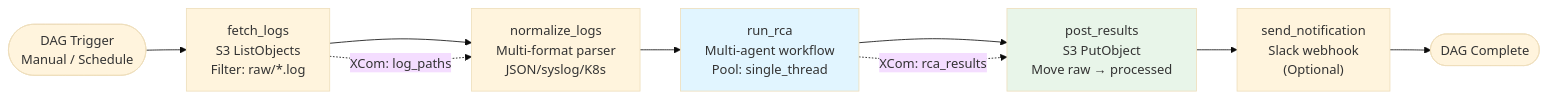
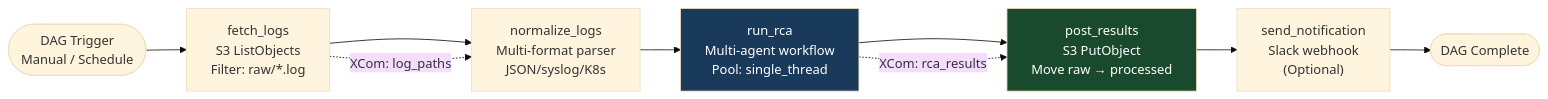
Before and after one commit to nasim-raj-laskar/InfraMind: the sixth of 16 diagrams in README.md, drawn with Mermaid (base theme). The commit also changed other lines of this file and 1 other file, not shown here.

````diff
--- a/README.md
+++ b/README.md
@@ -302,22 +307,22 @@
 ```mermaid
 graph LR
     START(["DAG Trigger<br/>Manual / Schedule"]) --> FETCH
     
     FETCH["fetch_logs<br/>S3 ListObjects<br/>Filter: raw/*.log"]
     NORM["normalize_logs<br/>Multi-format parser<br/>JSON/syslog/K8s"]
     RCA["run_rca<br/>Multi-agent workflow<br/>Pool: single_thread"]
     POST["post_results<br/>S3 PutObject<br/>Move raw → processed"]
     NOTIFY["send_notification<br/>Slack webhook<br/>(Optional)"]
     
     FETCH --> NORM
     NORM --> RCA
     RCA --> POST
     POST --> NOTIFY
     NOTIFY --> END(["DAG Complete"])
     
     RCA -."XCom: rca_results".-> POST
     FETCH -."XCom: log_paths".-> NORM
     
-    style RCA fill:#e1f5ff
-    style POST fill:#e8f5e9
+    style RCA fill:#1a3a5c,color:#fff
+    style POST fill:#1a4a2e,color:#fff
 ```
````
